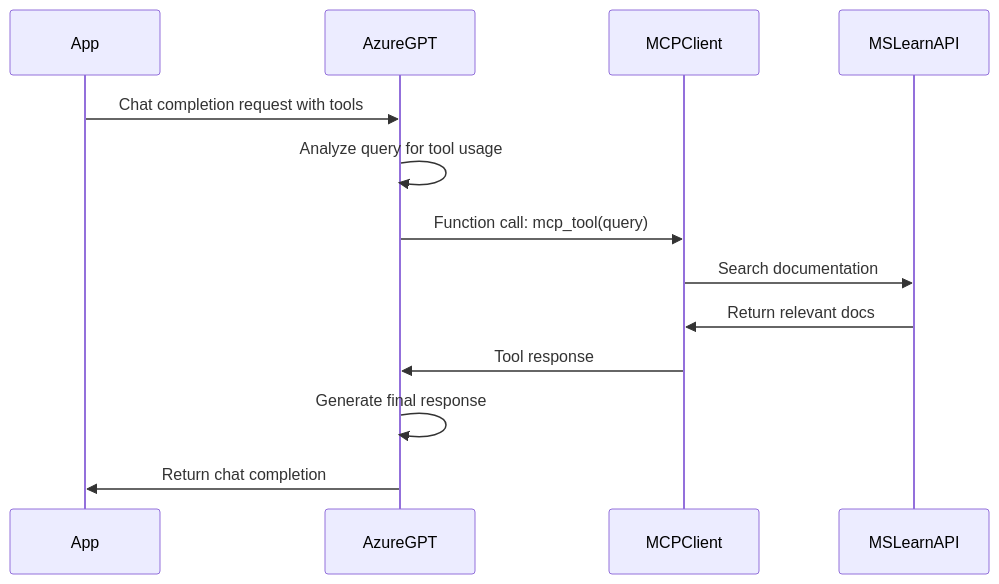
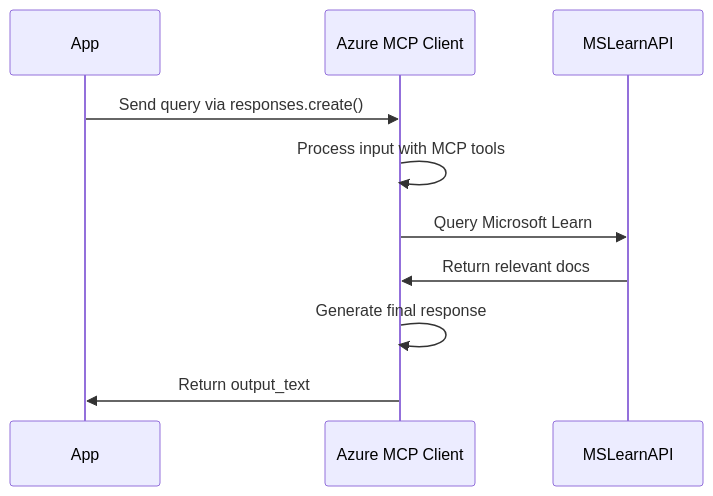
One commit to balakreshnan/mcpapp changed the fourth of 9 diagrams in docs/API_REFERENCE.md. Above: the diagram before and after it, drawn with Mermaid. The commit also changed other lines of this file and 5 other files, not shown here.

Commit message:
Update documentation to reflect new Azure OpenAI TTS and enhanced MCP integration

````diff
--- a/docs/API_REFERENCE.md
+++ b/docs/API_REFERENCE.md
@@ -135,16 +138,13 @@
 ```mermaid
 sequenceDiagram
     participant App
-    participant AzureGPT
-    participant MCPClient
+    participant AzureMCP as Azure MCP Client
     participant MSLearnAPI
     
-    App->>AzureGPT: Chat completion request with tools
-    AzureGPT->>AzureGPT: Analyze query for tool usage
-    AzureGPT->>MCPClient: Function call: mcp_tool(query)
-    MCPClient->>MSLearnAPI: Search documentation
-    MSLearnAPI->>MCPClient: Return relevant docs
-    MCPClient->>AzureGPT: Tool response
-    AzureGPT->>AzureGPT: Generate final response
-    AzureGPT->>App: Return chat completion
+    App->>AzureMCP: Send query via responses.create()
+    AzureMCP->>AzureMCP: Process input with MCP tools
+    AzureMCP->>MSLearnAPI: Query Microsoft Learn
+    MSLearnAPI->>AzureMCP: Return relevant docs
+    AzureMCP->>AzureMCP: Generate final response
+    AzureMCP->>App: Return output_text
 ```
````
